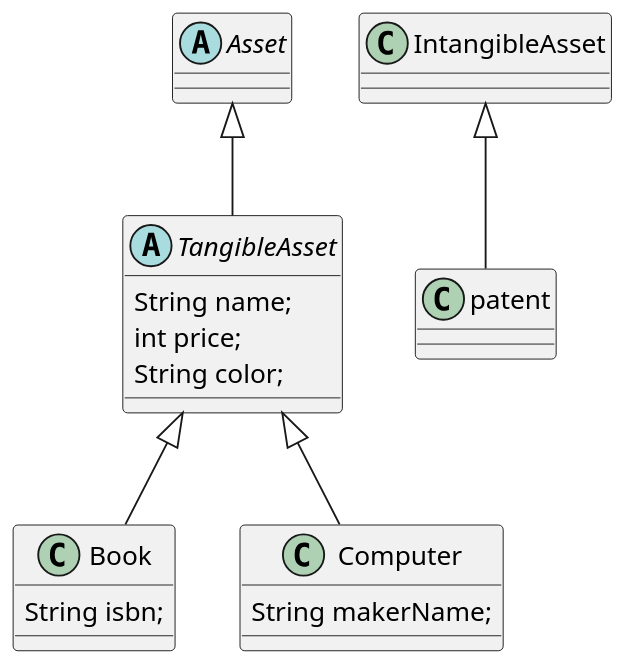
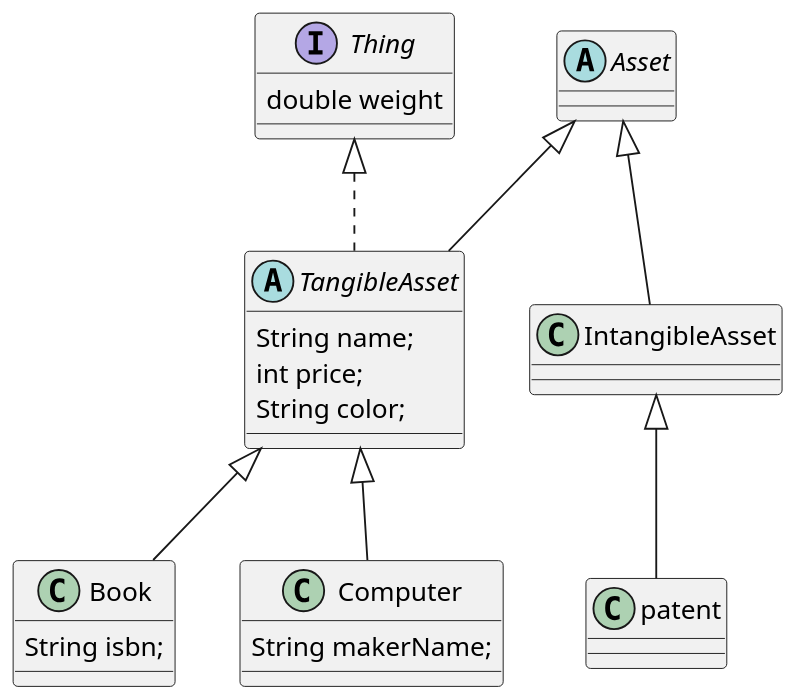
One commit to orm-camp-flutter-2ki/learn_dart_together changed the diagram in lib/240313/asset.puml. Above: the diagram before and after it, drawn with PlantUML. The commit also changed 5 other files, not shown here.

```diff
--- a/lib/240313/asset.puml
+++ b/lib/240313/asset.puml
@@ -1,34 +1,38 @@
 @startuml
 
 scale 1.5
 
+interface Thing {
+    double weight
+}
+
 abstract class Asset{
 }
 
-abstract class TangibleAsset extends Asset {
+abstract class TangibleAsset extends Asset implements Thing {
   String name;
   int price;
   String color;
 }
 
 class Book extends TangibleAsset {
 
   String isbn;
 
 }
 
 class Computer extends TangibleAsset {
  String makerName;
 
 }
 
 
-class IntangibleAsset{
+class IntangibleAsset extends Asset {
 }
 
 class patent extends IntangibleAsset{
 }
 
 
 
 @enduml
```
